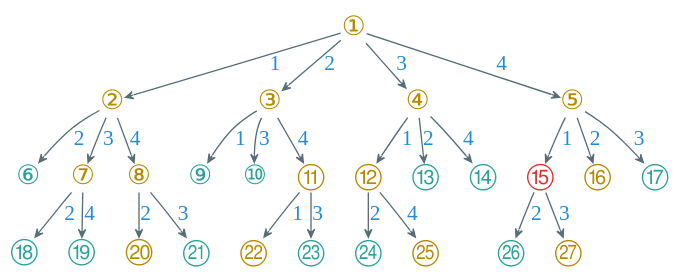
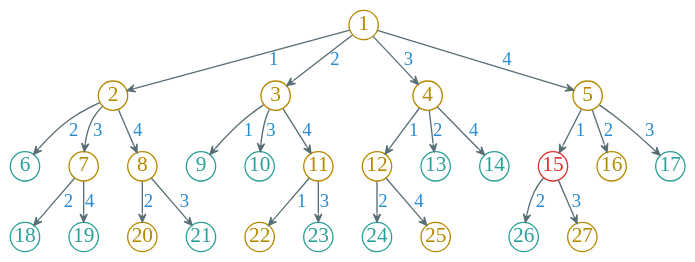
The diagram in dot/four-queen-bb-solve9.dot (Avanti1980/course-alg), drawn with Graphviz before and after one commit. The commit also changed 20 other files, not shown here.

```diff
--- a/dot/four-queen-bb-solve9.dot
+++ b/dot/four-queen-bb-solve9.dot
@@ -1,83 +1,81 @@
 digraph g {
     bgcolor=transparent
     rankdir=TB
     graph [nodesep=0.3, ranksep=0.2]
-    node [shape=plain, color="#586e75", fontcolor="#b58900", fontsize=20, fontname="LXGWWenKai"]
-    edge [arrowhead=vee, color="#586e75", fontcolor="#268bd2", fontsize=16, fontname="LXGWWenKai" arrowsize=0.6]
+    node [shape=circle, fixedsize=true, width=0.3, color="#b58900", fontcolor="#b58900", fontsize=16, fontname="LXGWWenKai"]
+    edge [arrowhead=vee, color="#586e75", fontcolor="#268bd2", fontsize=14, fontname="LXGWWenKai", arrowsize=0.6]
 
-    ① -> ② [label="1"]
-    ① -> ③ [label="2"]
-    ① -> ④ [label="3"]
-    ① -> ⑤ [label="4"]
+    1 -> 2 [label="1"]
+    1 -> 3 [label="2"]
+    1 -> 4 [label="3"]
+    1 -> 5 [label="4"]
 
-    node [fontcolor="#2aa198"]
+    node [color="#2aa198", fontcolor="#2aa198"]
 
-    ② -> ⑥ [label="2"]
+    2 -> 6 [label="2"]
 
-    node [fontcolor="#b58900"]
+    node [color="#b58900", fontcolor="#b58900"]
 
-    ② -> ⑦ [label="3"]
+    2 -> 7 [label="3"]
 
-    ② -> ⑧ [label="4"]
+    2 -> 8 [label="4"]
 
-    node [fontcolor="#2aa198"]
+    node [color="#2aa198", fontcolor="#2aa198"]
 
-    ③ -> ⑨ [label="1"]
-    ③ -> ⑩ [label="3"]
+    3 -> 9 [label="1"]
+    3 -> 10 [label="3"]
 
-    
+    node [color="#b58900", fontcolor="#b58900"]
 
-    node [fontcolor="#b58900"]
+    3 -> 11 [label="4"]
 
-    ③ -> ⑪ [label="4"]
+    4 -> 12 [label="1"]
 
-    ④ -> ⑫ [label="1"]
+    node [color="#2aa198", fontcolor="#2aa198"]
 
-    node [fontcolor="#2aa198"]
+    4 -> 13 [label="2"]
+    4 -> 14 [label="4"]
 
-    ④ -> ⑬ [label="2"]
-    ④ -> ⑭ [label="4"]
+    node [color="#dc322f", fontcolor="#dc322f"]
 
-    node [fontcolor="#dc322f"]
+    5 -> 15 [label="1"]
 
-    ⑤ -> ⑮ [label="1"]
+    node [color="#b58900", fontcolor="#b58900"]
 
-    node [fontcolor="#b58900"]
+    5 -> 16 [label="2"]
 
-    ⑤ -> ⑯ [label="2"]
+    node [color="#2aa198", fontcolor="#2aa198"]
 
-    node [fontcolor="#2aa198"]
+    5 -> 17 [label="3"]
+    7 -> 18 [label="2"]
+    7 -> 19 [label="4"]
 
-    ⑤ -> ⑰ [label="3"]
-    ⑦ -> ⑱ [label="2"]
-    ⑦ -> ⑲ [label="4"]
+    node [color="#b58900", fontcolor="#b58900"]
 
-    node [fontcolor="#b58900"]
+    8 -> 20 [label="2"]
 
-    ⑧ -> ⑳ [label="2"]
+    node [color="#2aa198", fontcolor="#2aa198"]
 
-    node [fontcolor="#2aa198"]
+    8 -> 21 [label="3"]
 
-    ⑧ -> ㉑ [label="3"]
+    node [color="#b58900", fontcolor="#b58900"]
 
-    node [fontcolor="#b58900"]
+    11 -> 22 [label="1"]
 
-    ⑪ -> ㉒ [label="1"]
+    node [color="#2aa198", fontcolor="#2aa198"]
 
-    node [fontcolor="#2aa198"]
+    11 -> 23 [label="3"]
+    12 -> 24 [label="2"]
 
-    ⑪ -> ㉓ [label="3"]
-    ⑫ -> ㉔ [label="2"]
+    node [color="#b58900", fontcolor="#b58900"]
 
-    node [fontcolor="#b58900"]
+    12 -> 25 [label="4"]
 
-    ⑫ -> ㉕ [label="4"]
+    node [color="#2aa198", fontcolor="#2aa198"]
 
-    node [fontcolor="#2aa198"]
+    15 -> 26 [label="2"]
 
-    ⑮ -> ㉖ [label="2"]
+    node [color="#b58900", fontcolor="#b58900"]
 
-    node [fontcolor="#b58900"]
-
-    ⑮ -> ㉗ [label="3"]
+    15 -> 27 [label="3"]
 }
```
